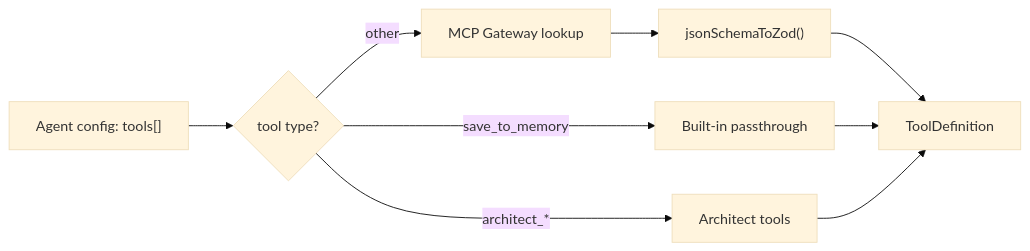
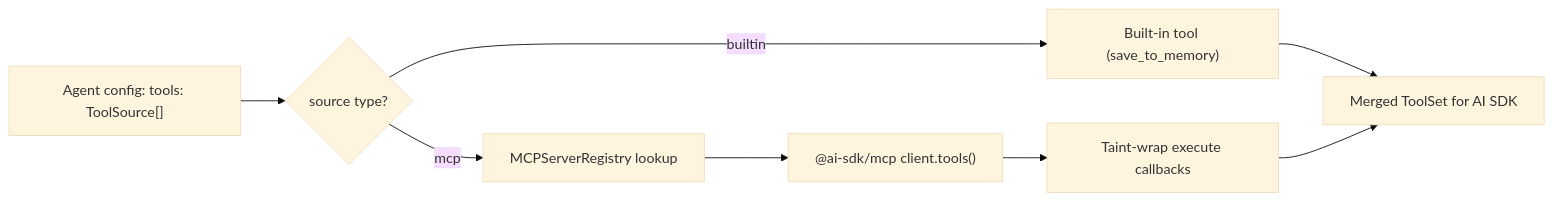
The diagram in packages/orchestrator/src/mcp/README.md (wmcmahan/mc-ai), drawn with Mermaid (base theme) before and after one commit. The commit also changed other lines of this file and 44 other files, not shown here.

````diff
--- a/packages/orchestrator/src/mcp/README.md
+++ b/packages/orchestrator/src/mcp/README.md
@@ -45,11 +28,10 @@
 ```mermaid
 flowchart LR
-    A["Agent config: tools[]"] --> B{tool type?}
-    B -->|"save_to_memory"| C["Built-in passthrough"]
-    B -->|"architect_*"| D["Architect tools"]
-    B -->|"other"| E["MCP Gateway lookup"]
-    E --> F["jsonSchemaToZod()"]
-    F --> G["ToolDefinition"]
-    C --> G
-    D --> G
+    A["Agent config: tools: ToolSource[]"] --> B{source type?}
+    B -->|"builtin"| C["Built-in tool (save_to_memory)"]
+    B -->|"mcp"| D["MCPServerRegistry lookup"]
+    D --> E["@ai-sdk/mcp client.tools()"]
+    E --> F["Taint-wrap execute callbacks"]
+    C --> G["Merged ToolSet for AI SDK"]
+    F --> G
 ```
````
